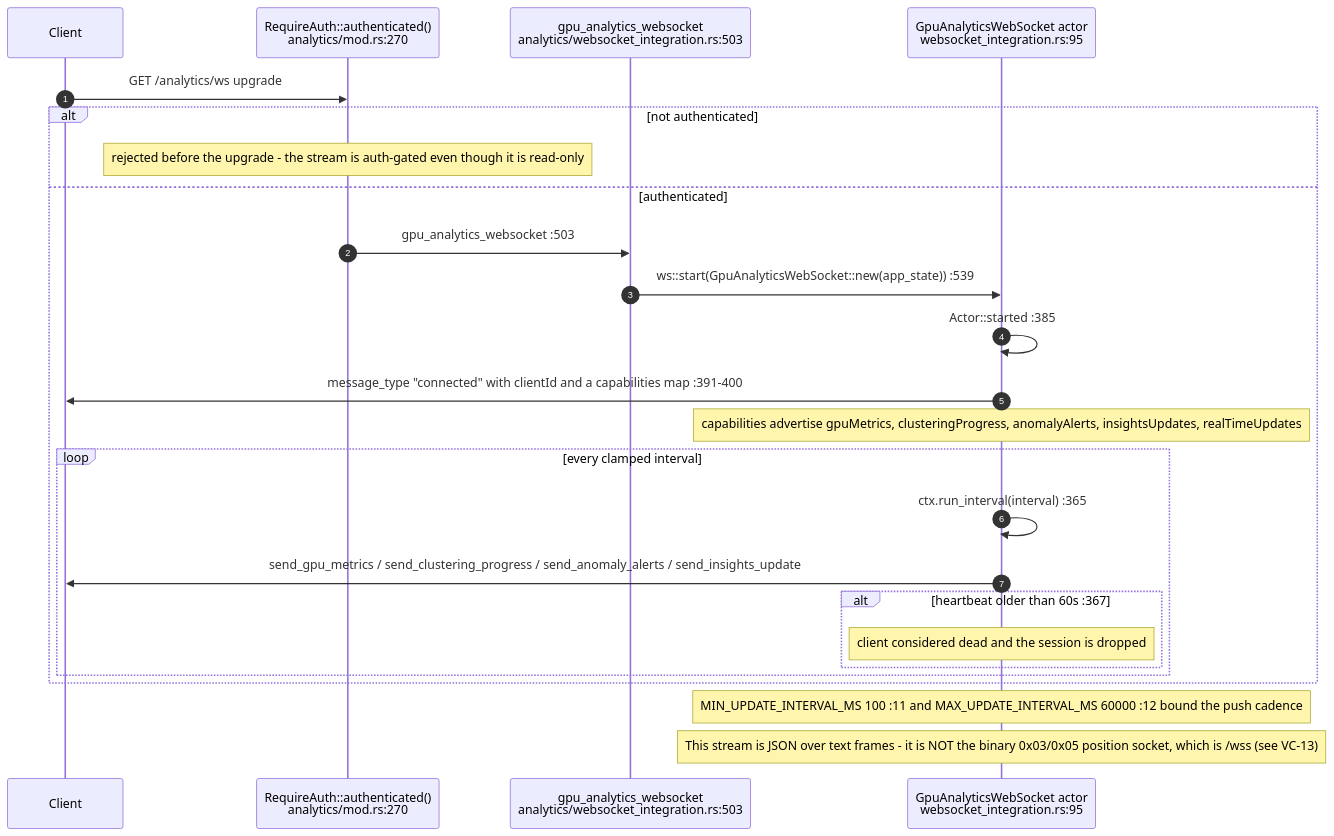
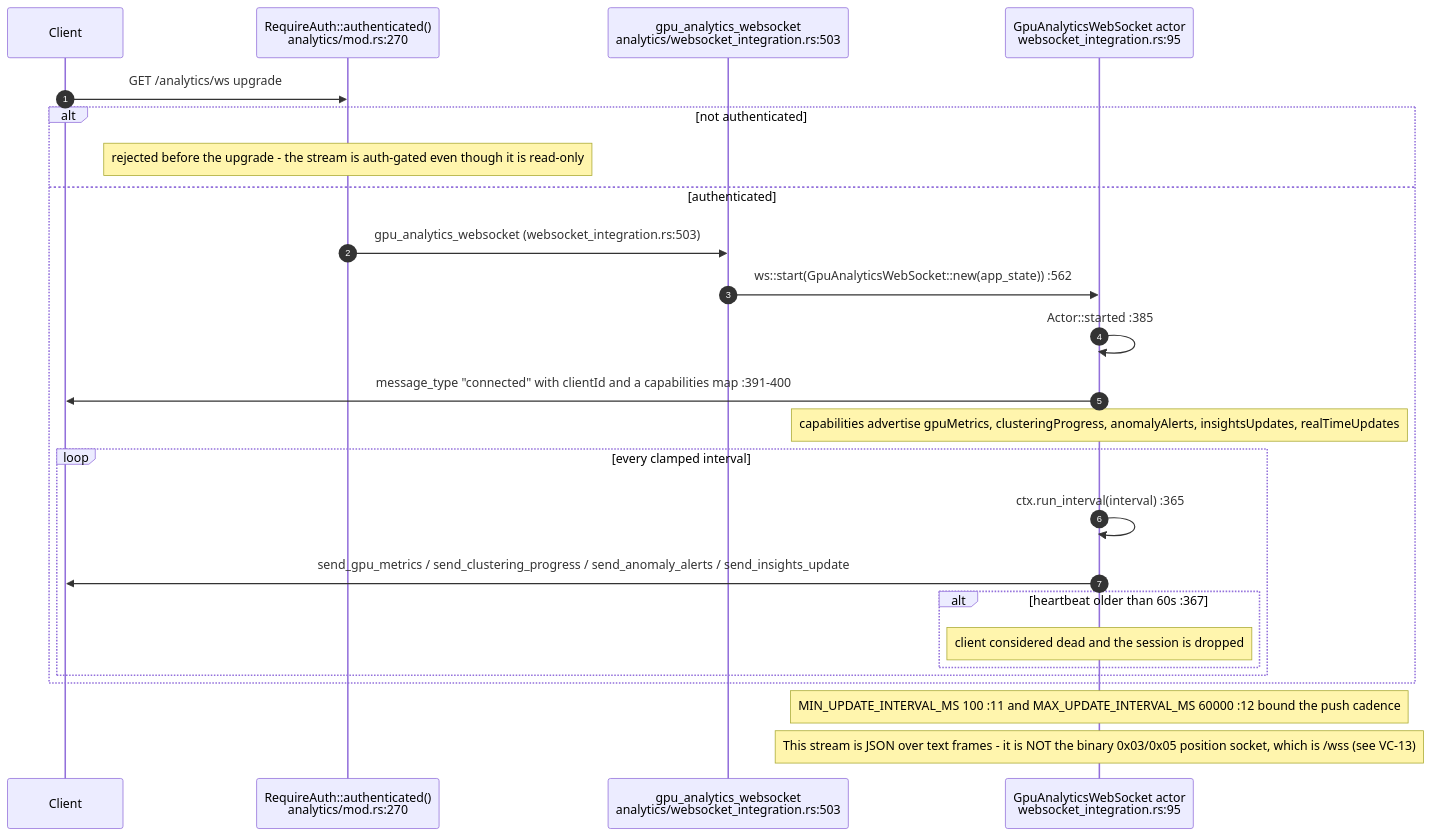
The seventh of 9 diagrams in docs/diagrams/visionclaw/18-analytics-support-handlers.md (DreamLab-AI/VisionFlow), drawn with Mermaid before and after one commit. The commit also changed other lines of this file and 52 other files, not shown here.

First line of the commit message:
docs(diagrams): wave 3 checkpoint — bare line refs resolved, revision-pinned cite-check, VC-05/AB-01..13 re-attested

````diff
--- a/docs/diagrams/visionclaw/18-analytics-support-handlers.md
+++ b/docs/diagrams/visionclaw/18-analytics-support-handlers.md
@@ -254,28 +254,28 @@
 ```mermaid
 sequenceDiagram
     autonumber
     participant C as Client
     participant RT as RequireAuth::authenticated()<br/>analytics/mod.rs:270
     participant WSH as gpu_analytics_websocket<br/>analytics/websocket_integration.rs:503
     participant A as GpuAnalyticsWebSocket actor<br/>websocket_integration.rs:95
 
     C->>RT: GET /analytics/ws upgrade
     alt not authenticated
         Note over RT: rejected before the upgrade - the stream is auth-gated even though it is read-only
     else authenticated
-        RT->>WSH: gpu_analytics_websocket :503
-        WSH->>A: ws::start(GpuAnalyticsWebSocket::new(app_state)) :539
+        RT->>WSH: gpu_analytics_websocket (websocket_integration.rs:503)
+        WSH->>A: ws::start(GpuAnalyticsWebSocket::new(app_state)) :562
         A->>A: Actor::started :385
         A->>C: message_type "connected" with clientId and a capabilities map :391-400
         Note over A: capabilities advertise gpuMetrics, clusteringProgress, anomalyAlerts, insightsUpdates, realTimeUpdates
         loop every clamped interval
             A->>A: ctx.run_interval(interval) :365
             A->>C: send_gpu_metrics / send_clustering_progress / send_anomaly_alerts / send_insights_update
             alt heartbeat older than 60s :367
                 Note over A: client considered dead and the session is dropped
             end
         end
     end
     Note over A: MIN_UPDATE_INTERVAL_MS 100 :11 and MAX_UPDATE_INTERVAL_MS 60000 :12 bound the push cadence
     Note over A: This stream is JSON over text frames - it is NOT the binary 0x03/0x05 position socket, which is /wss (see VC-13)
 ```
````
